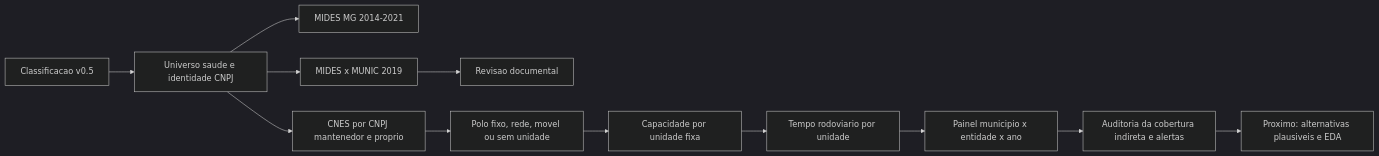
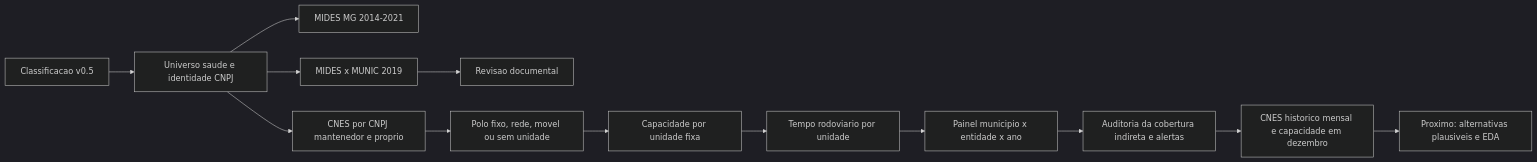
Before and after one commit to driano1221/consorcios-mg-dados-territorio: the diagram in analises/modelo_gravitacional_saude/README.md, drawn with Mermaid (dark theme). The commit also changed other lines of this file and 10 other files, not shown here.

````diff
--- a/analises/modelo_gravitacional_saude/README.md
+++ b/analises/modelo_gravitacional_saude/README.md
@@ -50,14 +52,15 @@
 ```mermaid
 flowchart LR
   A[Classificacao v0.5] --> B[Universo saude e identidade CNPJ]
   B --> C[MIDES MG 2014-2021]
   B --> D[MIDES x MUNIC 2019]
   D --> E[Revisao documental]
   B --> F[CNES por CNPJ mantenedor e proprio]
   F --> G[Polo fixo, rede, movel ou sem unidade]
   G --> H[Capacidade por unidade fixa]
   H --> I[Tempo rodoviario por unidade]
   I --> J[Painel municipio x entidade x ano]
   J --> K[Auditoria da cobertura indireta e alertas]
-  K --> L[Proximo: alternativas plausiveis e EDA]
+  K --> M[CNES historico mensal e capacidade em dezembro]
+  M --> L[Proximo: alternativas plausiveis e EDA]
 ```
````
